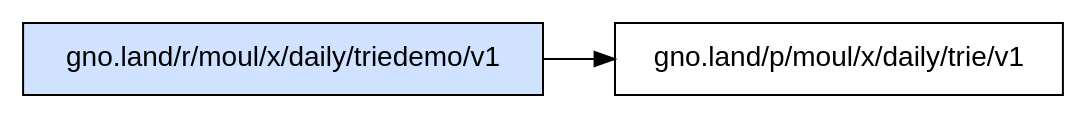
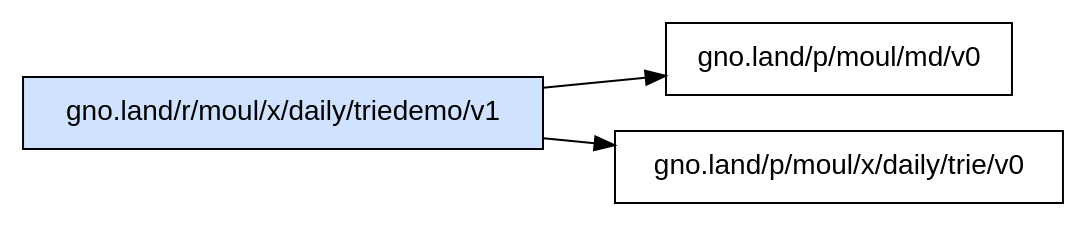
Before and after one commit to moul/gno-contracts: the diagram in _assets/gno.land/r/moul/x/daily/triedemo/v1/deps.dot, drawn with Graphviz. The commit also changed 44 other files, not shown here.

Commit message:
chore: regenerate catalog, graphs and on-chain status [skip ci]

```diff
--- a/_assets/gno.land/r/moul/x/daily/triedemo/v1/deps.dot
+++ b/_assets/gno.land/r/moul/x/daily/triedemo/v1/deps.dot
@@ -1,6 +1,7 @@
 digraph deps {
   rankdir=LR;
   node [shape=box, fontname="sans-serif"];
   "gno.land/r/moul/x/daily/triedemo/v1" [style=filled, fillcolor="#cfe2ff"];
-  "gno.land/r/moul/x/daily/triedemo/v1" -> "gno.land/p/moul/x/daily/trie/v1";
+  "gno.land/r/moul/x/daily/triedemo/v1" -> "gno.land/p/moul/md/v0";
+  "gno.land/r/moul/x/daily/triedemo/v1" -> "gno.land/p/moul/x/daily/trie/v0";
 }
```
